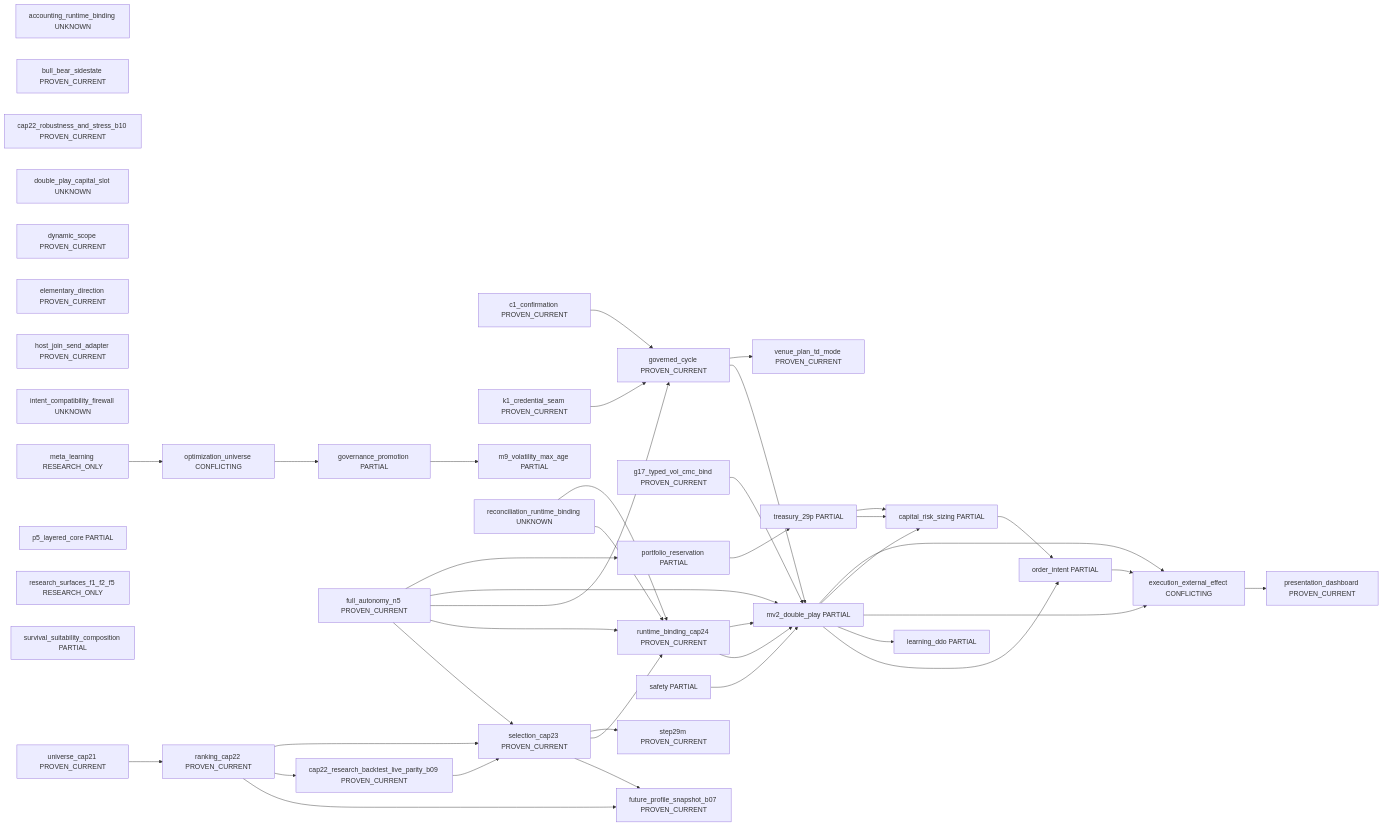
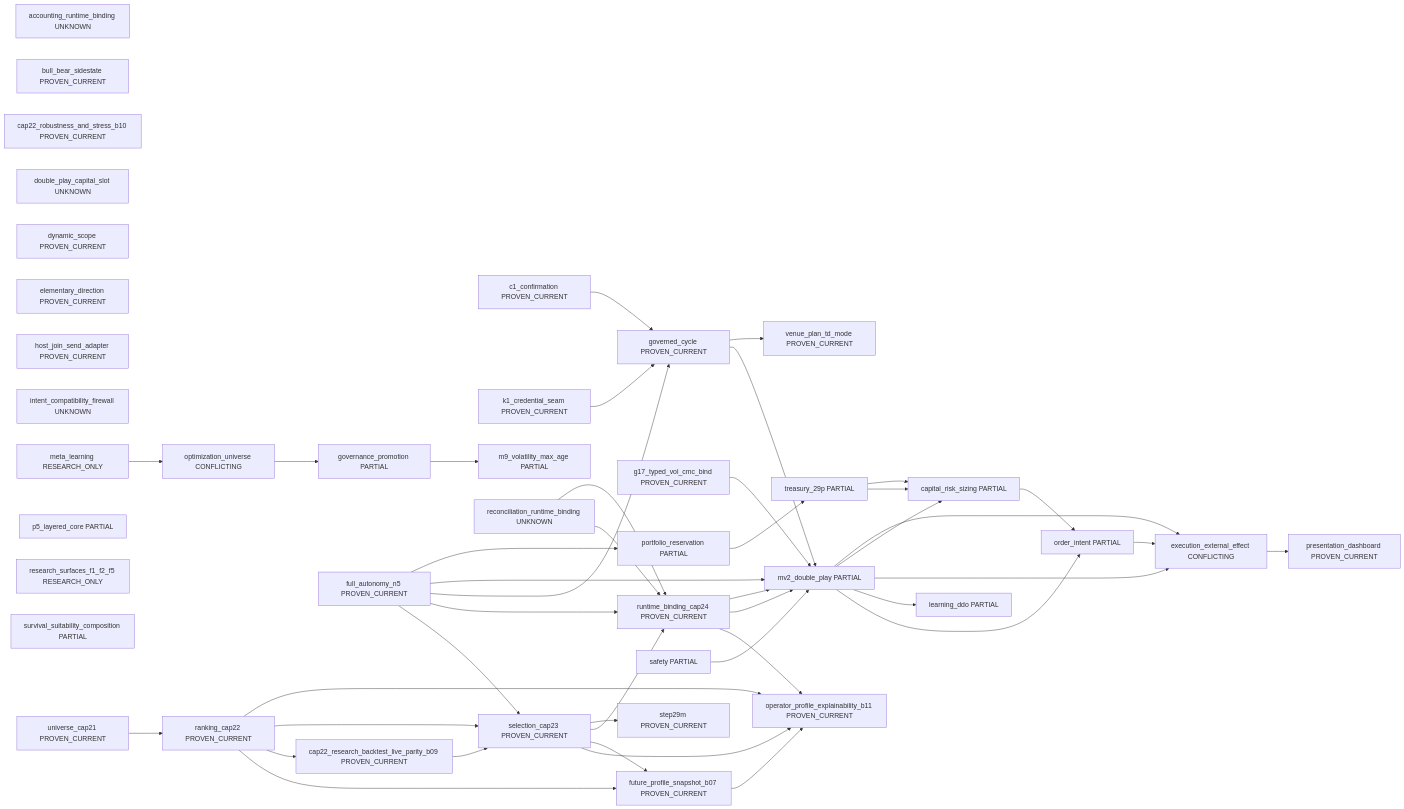
Before and after one commit to rauterfrank-ui/Peak_Trade: the diagram in docs/governance/current_system_interaction_authority_map_v1/generated/system_landscape_v1.md, drawn with Mermaid. The commit also changed other lines of this file and 21 other files, not shown here.

Commit message:
Implement B11 operator profile explainability (#6841)

```diff
--- a/docs/governance/current_system_interaction_authority_map_v1/generated/system_landscape_v1.md
+++ b/docs/governance/current_system_interaction_authority_map_v1/generated/system_landscape_v1.md
@@ -28,6 +28,7 @@
   m9_volatility_max_age["m9_volatility_max_age PARTIAL"]
   meta_learning["meta_learning RESEARCH_ONLY"]
   mv2_double_play["mv2_double_play PARTIAL"]
+  operator_profile_explainability_b11["operator_profile_explainability_b11 PROVEN_CURRENT"]
   optimization_universe["optimization_universe CONFLICTING"]
   order_intent["order_intent PARTIAL"]
   p5_layered_core["p5_layered_core PARTIAL"]
@@ -46,6 +47,7 @@
   venue_plan_td_mode["venue_plan_td_mode PROVEN_CURRENT"]
   governance_promotion --> m9_volatility_max_age
   cap22_research_backtest_live_parity_b09 --> selection_cap23
+  runtime_binding_cap24 --> operator_profile_explainability_b11
   runtime_binding_cap24 --> mv2_double_play
   c1_confirmation --> governed_cycle
   execution_external_effect --> presentation_dashboard
@@ -55,6 +57,7 @@
   full_autonomy_n5 --> governed_cycle
   full_autonomy_n5 --> mv2_double_play
   full_autonomy_n5 --> portfolio_reservation
+  future_profile_snapshot_b07 --> operator_profile_explainability_b11
   g17_typed_vol_cmc_bind --> mv2_double_play
   governed_cycle --> mv2_double_play
   governed_cycle --> venue_plan_td_mode
@@ -71,10 +74,12 @@
   ranking_cap22 --> future_profile_snapshot_b07
   ranking_cap22 --> cap22_research_backtest_live_parity_b09
   ranking_cap22 --> selection_cap23
+  ranking_cap22 --> operator_profile_explainability_b11
   reconciliation_runtime_binding --> runtime_binding_cap24
   reconciliation_runtime_binding --> runtime_binding_cap24
   runtime_binding_cap24 --> mv2_double_play
   safety --> mv2_double_play
+  selection_cap23 --> operator_profile_explainability_b11
   selection_cap23 --> future_profile_snapshot_b07
   selection_cap23 --> runtime_binding_cap24
   capital_risk_sizing --> order_intent
```
